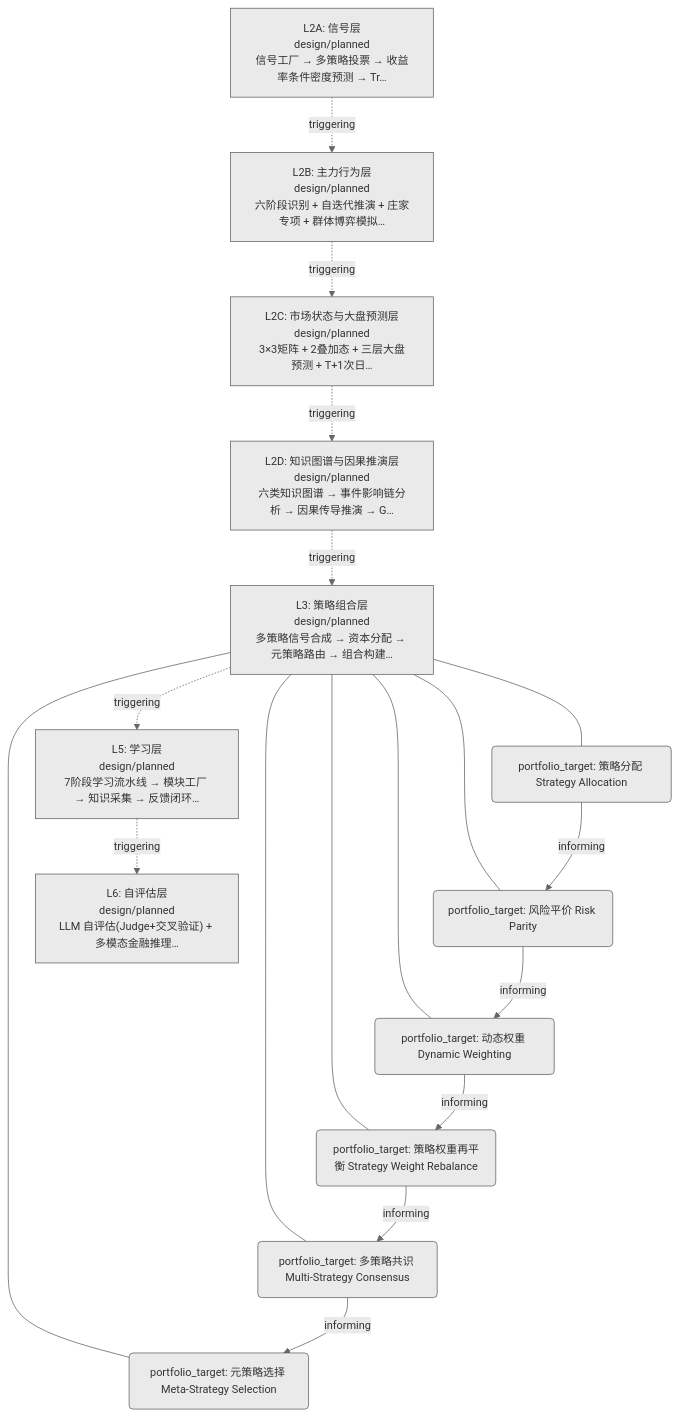
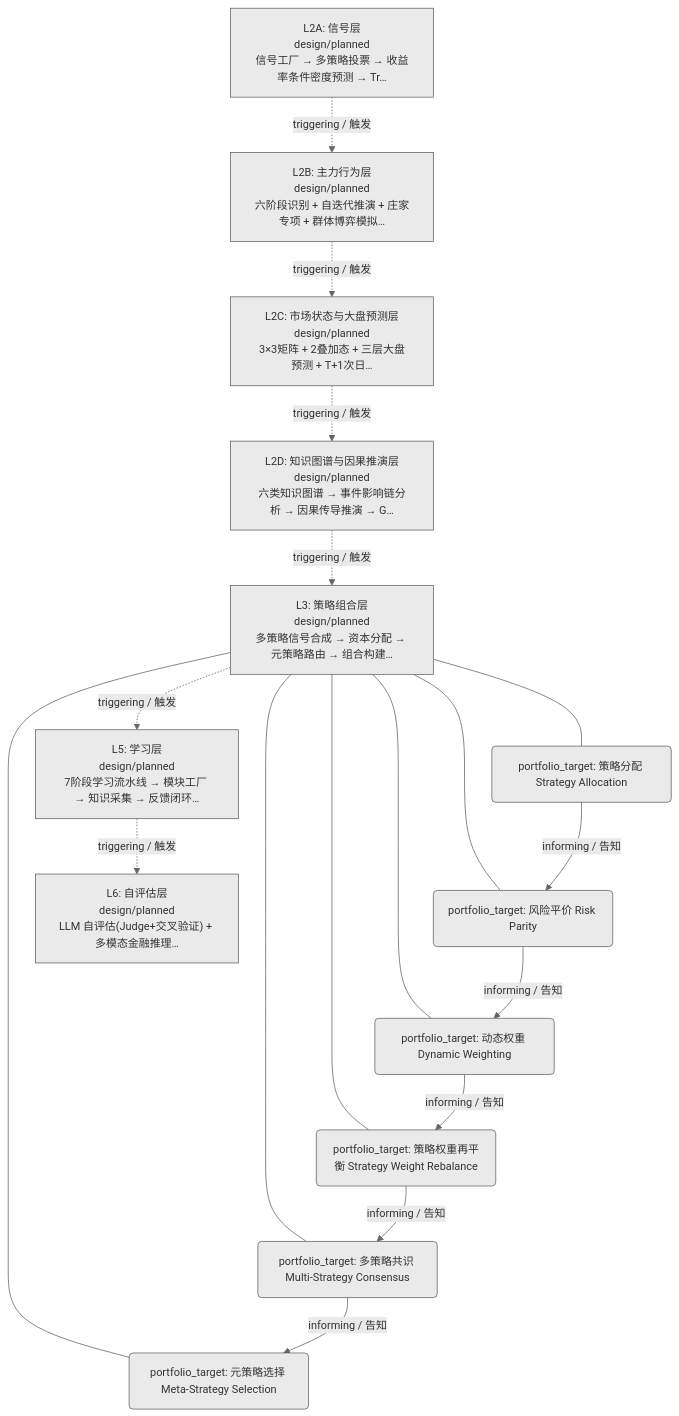
One commit to xuanFelixVan/ZephyrAlpha changed the first of 2 diagrams in docs/02_enterprise_architecture/06_decision_architecture/16_decision_l3_pf_alloc.md. Above: the diagram before and after it, drawn with Mermaid. The commit also changed other lines of this file and 23 other files, not shown here.

First line of the commit message:
feat(decision-diagram): mermaid 边标签加中文（triggering/触发 等）

````diff
--- a/docs/02_enterprise_architecture/06_decision_architecture/16_decision_l3_pf_alloc.md
+++ b/docs/02_enterprise_architecture/06_decision_architecture/16_decision_l3_pf_alloc.md
@@ -21,34 +21,34 @@
 ```mermaid
 %%{init: {'theme': 'base', 'themeVariables': {'primaryColor': '#eaeaea', 'primaryTextColor': '#333333', 'primaryBorderColor': '#666666', 'lineColor': '#666666', 'secondaryColor': '#eaeaea', 'tertiaryColor': '#eaeaea', 'fontSize': '14px'}}}%%
 flowchart TD
     LL2A["L2A: 信号层<br/>design/planned<br/>信号工厂 → 多策略投票 → 收益率条件密度预测 → Tr…"]
     LL2B["L2B: 主力行为层<br/>design/planned<br/>六阶段识别 + 自迭代推演 + 庄家专项 + 群体博弈模拟…"]
     LL2C["L2C: 市场状态与大盘预测层<br/>design/planned<br/>3×3矩阵 + 2叠加态 + 三层大盘预测 + T+1次日…"]
     LL2D["L2D: 知识图谱与因果推演层<br/>design/planned<br/>六类知识图谱 → 事件影响链分析 → 因果传导推演 → G…"]
     LL3["L3: 策略组合层<br/>design/planned<br/>多策略信号合成 → 资本分配 → 元策略路由 → 组合构建…"]
     N32("portfolio_target: 策略分配 Strategy Allocation")
     LL3 --- N32
     N33("portfolio_target: 风险平价 Risk Parity")
     LL3 --- N33
     N34("portfolio_target: 动态权重 Dynamic Weighting")
     LL3 --- N34
     N35("portfolio_target: 策略权重再平衡 Strategy Weight Rebalance")
     LL3 --- N35
     N36("portfolio_target: 多策略共识 Multi-Strategy Consensus")
     LL3 --- N36
     N37("portfolio_target: 元策略选择 Meta-Strategy Selection")
     LL3 --- N37
     LL5["L5: 学习层<br/>design/planned<br/>7阶段学习流水线 → 模块工厂 → 知识采集 → 反馈闭环…"]
     LL6["L6: 自评估层<br/>design/planned<br/>LLM 自评估(Judge+交叉验证) + 多模态金融推理…"]
-    LL2A -.->|triggering| LL2B
-    LL2B -.->|triggering| LL2C
-    LL2C -.->|triggering| LL2D
-    LL2D -.->|triggering| LL3
-    LL3 -.->|triggering| LL5
-    LL5 -.->|triggering| LL6
-    N32 -->|informing| N33
-    N33 -->|informing| N34
-    N34 -->|informing| N35
-    N35 -->|informing| N36
-    N36 -->|informing| N37
+    LL2A -.->|triggering / 触发| LL2B
+    LL2B -.->|triggering / 触发| LL2C
+    LL2C -.->|triggering / 触发| LL2D
+    LL2D -.->|triggering / 触发| LL3
+    LL3 -.->|triggering / 触发| LL5
+    LL5 -.->|triggering / 触发| LL6
+    N32 -->|informing / 告知| N33
+    N33 -->|informing / 告知| N34
+    N34 -->|informing / 告知| N35
+    N35 -->|informing / 告知| N36
+    N36 -->|informing / 告知| N37
 ```
````
